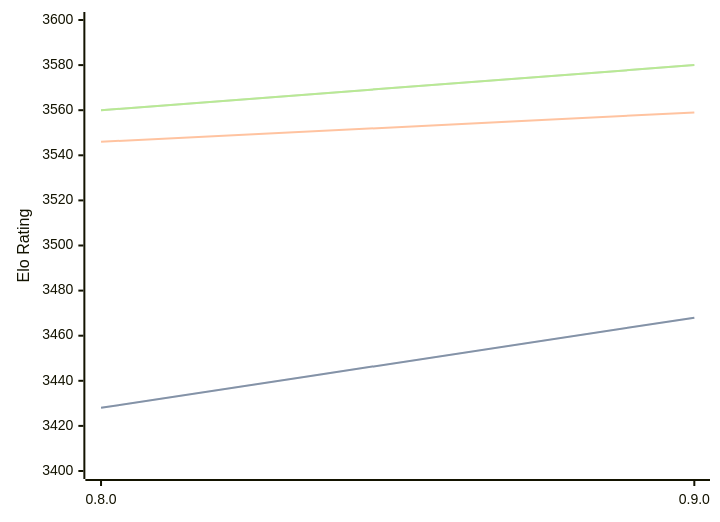
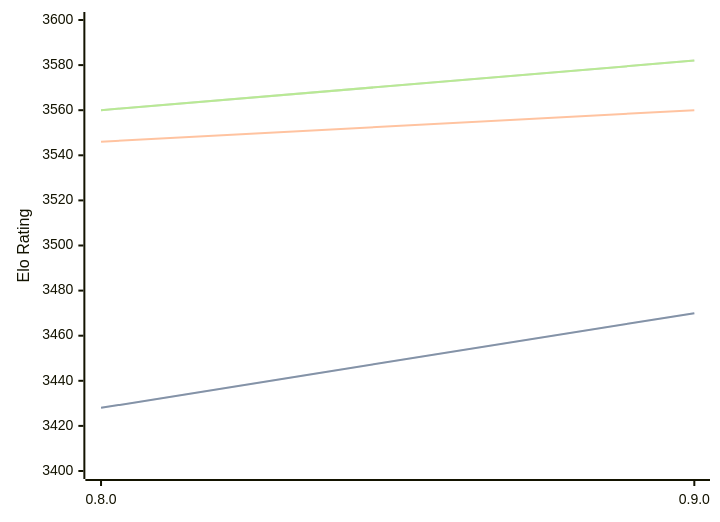
Before and after one commit to computer-chess-index/cci: the diagram in engines/Reckless.md, drawn with Mermaid. The commit also changed other lines of this file, not shown here.

Commit message:
Update CCI Ratings (ELO VLTC) - 2026-07-19

````diff
--- a/engines/Reckless.md
+++ b/engines/Reckless.md
@@ -39,11 +39,11 @@
 ```mermaid
 %%{init: {"theme":"base","themeVariables":{"seriesColors:['#a3a3a3','#222221','#faa371']}}}%%
 xychart-beta
   x-axis ["0.8.0", "0.9.0"]
   y-axis "Elo Rating" 3400 --> 3600
-  line "STC (8.0+0.08s)" [3428, 3468]
-  line "STC (8.0+0.08s)" [3428, 3468]
-  line "LTC (60.0+0.60s)" [3546, 3559]
-  line "VLTC (2m24s+1.12s)" [3560, 3580]
-  line "VLTC (2m24s+1.12s)" [3560, 3580]
+  line "STC (8.0+0.08s)" [3428, 3470]
+  line "STC (8.0+0.08s)" [3428, 3470]
+  line "LTC (60.0+0.60s)" [3546, 3560]
+  line "VLTC (2m24s+1.12s)" [3560, 3582]
+  line "VLTC (2m24s+1.12s)" [3560, 3582]
 ```
````
